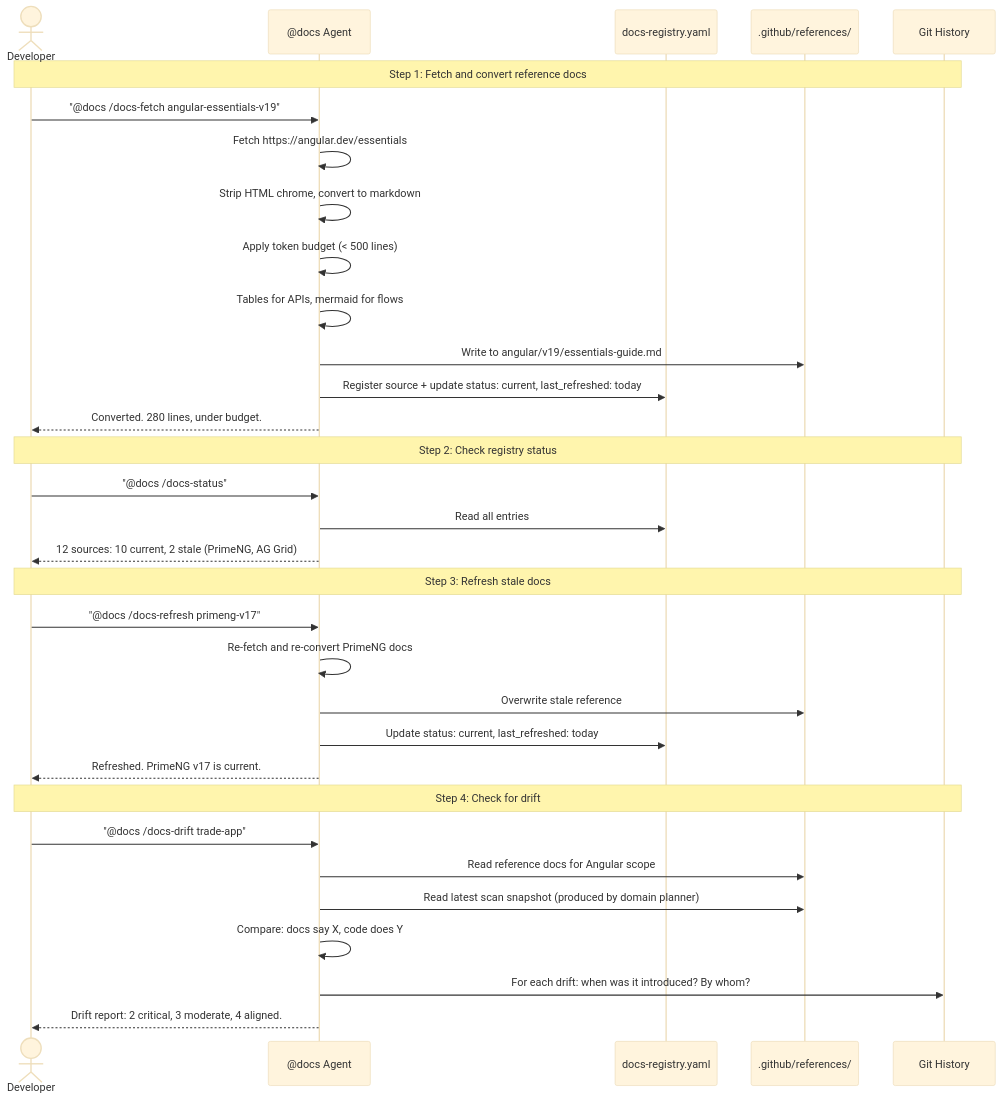
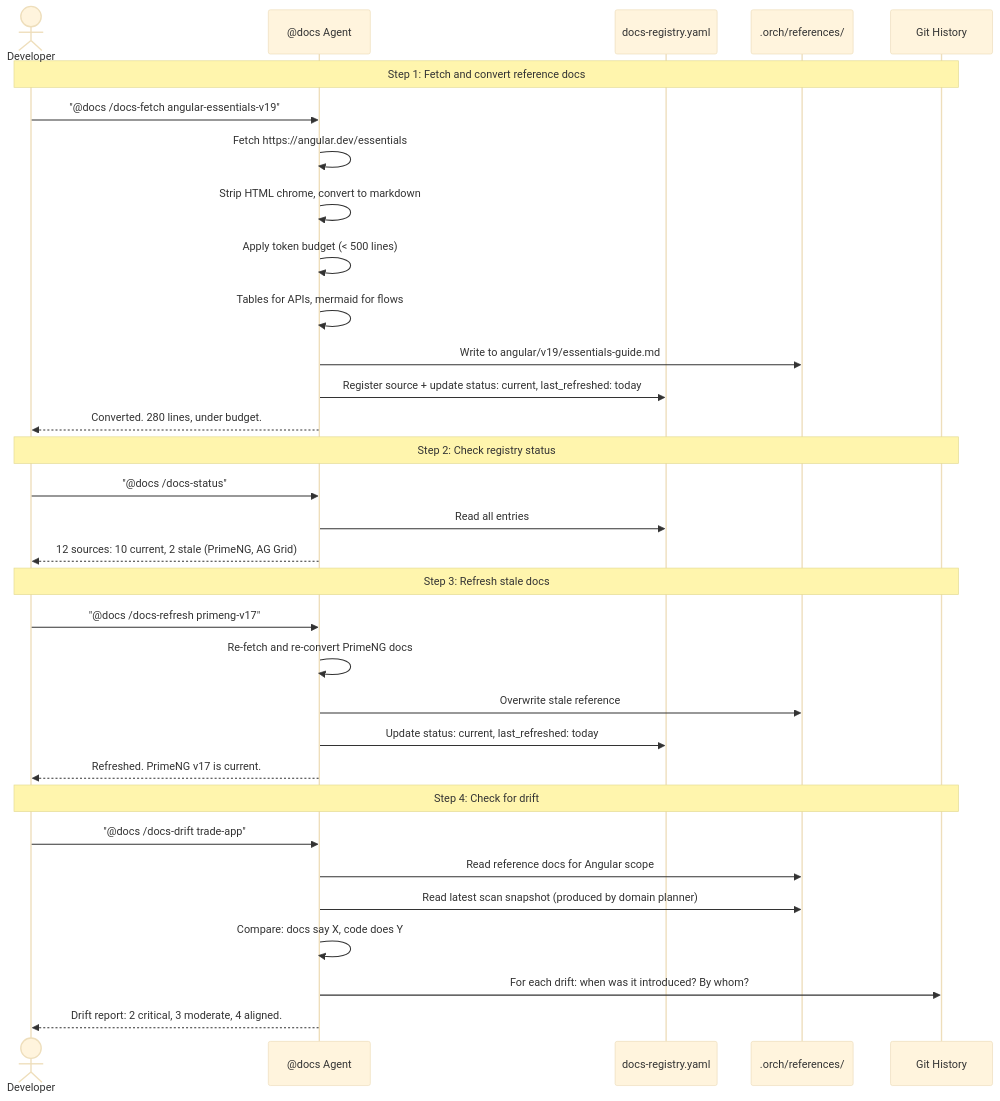
The fourth of 6 diagrams in docs/prd.md (oneinthebox/vscode-ghcp-agents), drawn with Mermaid (base theme) before and after one commit. The commit also changed other lines of this file and 274 other files, not shown here.

````diff
--- a/docs/prd.md
+++ b/docs/prd.md
@@ -659,42 +659,42 @@
 ```mermaid
 sequenceDiagram
     actor Dev as Developer
     participant DOC as @docs Agent
     participant REG as docs-registry.yaml
-    participant REF as .github/references/
+    participant REF as .orch/references/
     participant GIT as Git History
 
     Note over Dev,GIT: Step 1: Fetch and convert reference docs
 
     Dev->>DOC: "@docs /docs-fetch angular-essentials-v19"
     DOC->>DOC: Fetch https://angular.dev/essentials
     DOC->>DOC: Strip HTML chrome, convert to markdown
     DOC->>DOC: Apply token budget (< 500 lines)
     DOC->>DOC: Tables for APIs, mermaid for flows
     DOC->>REF: Write to angular/v19/essentials-guide.md
     DOC->>REG: Register source + update status: current, last_refreshed: today
     DOC-->>Dev: Converted. 280 lines, under budget.
 
     Note over Dev,GIT: Step 2: Check registry status
 
     Dev->>DOC: "@docs /docs-status"
     DOC->>REG: Read all entries
     DOC-->>Dev: 12 sources: 10 current, 2 stale (PrimeNG, AG Grid)
 
     Note over Dev,GIT: Step 3: Refresh stale docs
 
     Dev->>DOC: "@docs /docs-refresh primeng-v17"
     DOC->>DOC: Re-fetch and re-convert PrimeNG docs
     DOC->>REF: Overwrite stale reference
     DOC->>REG: Update status: current, last_refreshed: today
     DOC-->>Dev: Refreshed. PrimeNG v17 is current.
 
     Note over Dev,GIT: Step 4: Check for drift
 
     Dev->>DOC: "@docs /docs-drift trade-app"
     DOC->>REF: Read reference docs for Angular scope
     DOC->>REF: Read latest scan snapshot (produced by domain planner)
     DOC->>DOC: Compare: docs say X, code does Y
     DOC->>GIT: For each drift: when was it introduced? By whom?
     DOC-->>Dev: Drift report: 2 critical, 3 moderate, 4 aligned.
 ```
````
